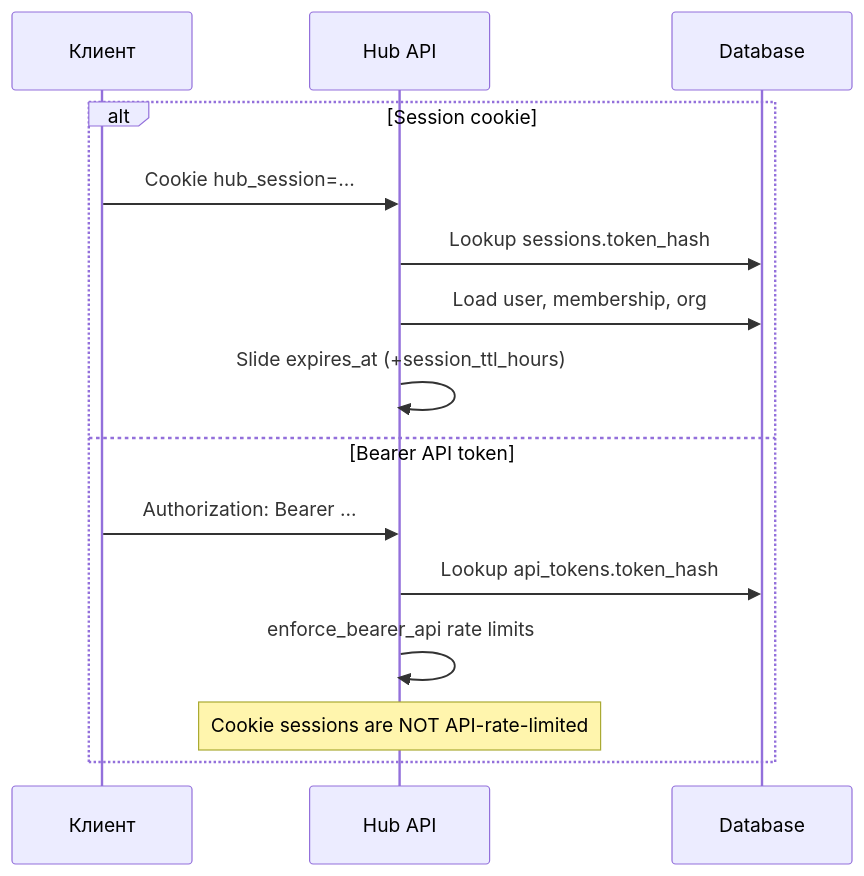
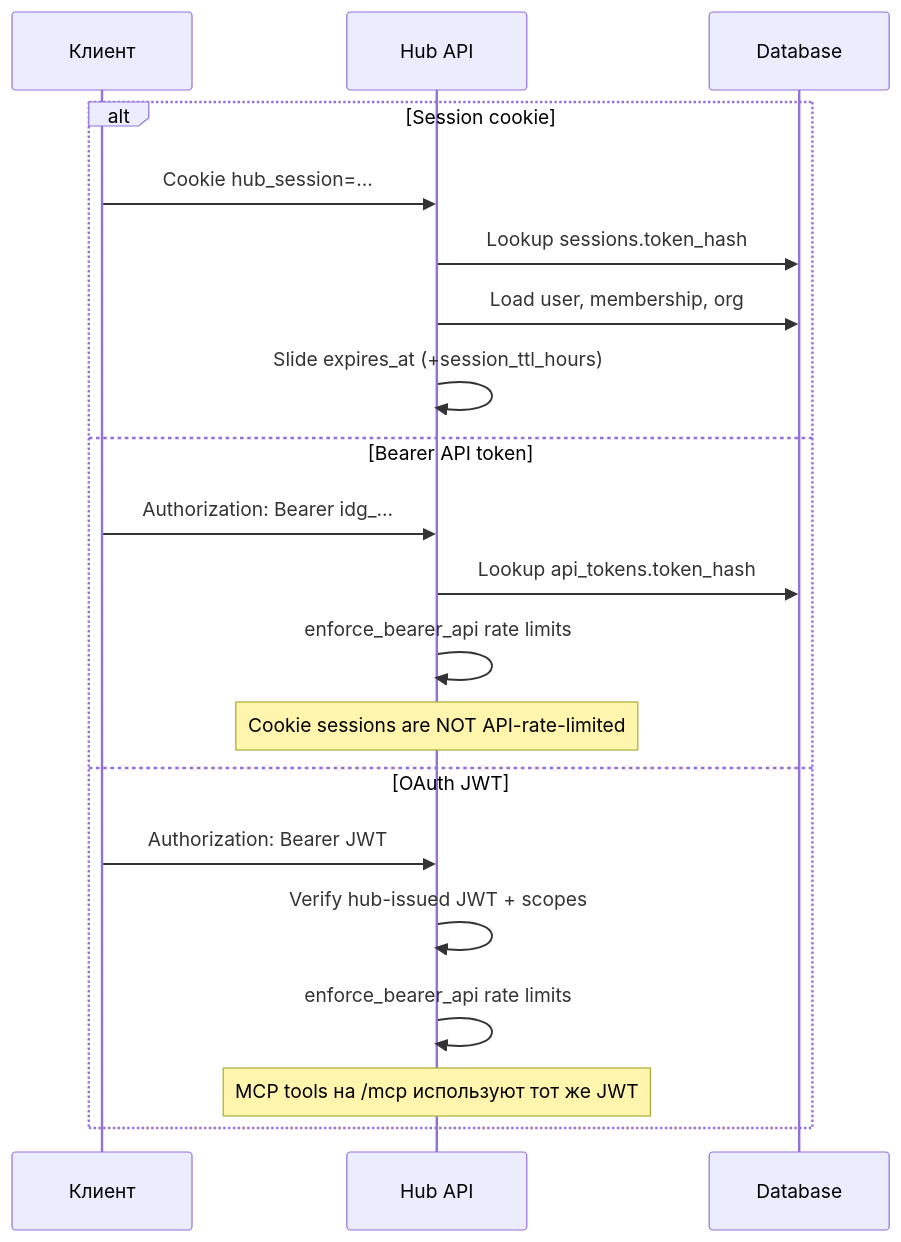
Before and after one commit to dude75/idigest-hub: the first of 3 diagrams in docs/ru/architecture/request-flow.md, drawn with Mermaid. The commit also changed other lines of this file and 38 other files, not shown here.

Commit message:
Document the MCP tool catalog and OAuth provider across EN/RU docs.

````diff
--- a/docs/ru/architecture/request-flow.md
+++ b/docs/ru/architecture/request-flow.md
@@ -7,18 +7,23 @@
 ```mermaid
 sequenceDiagram
   participant C as Клиент
   participant H as Hub API
   participant DB as Database
 
   alt Session cookie
     C->>H: Cookie hub_session=...
     H->>DB: Lookup sessions.token_hash
     H->>DB: Load user, membership, org
     H->>H: Slide expires_at (+session_ttl_hours)
   else Bearer API token
-    C->>H: Authorization: Bearer ...
+    C->>H: Authorization: Bearer idg_...
     H->>DB: Lookup api_tokens.token_hash
     H->>H: enforce_bearer_api rate limits
     Note over H: Cookie sessions are NOT API-rate-limited
+  else OAuth JWT
+    C->>H: Authorization: Bearer JWT
+    H->>H: Verify hub-issued JWT + scopes
+    H->>H: enforce_bearer_api rate limits
+    Note over H: MCP tools на /mcp используют тот же JWT
   end
 ```
````
